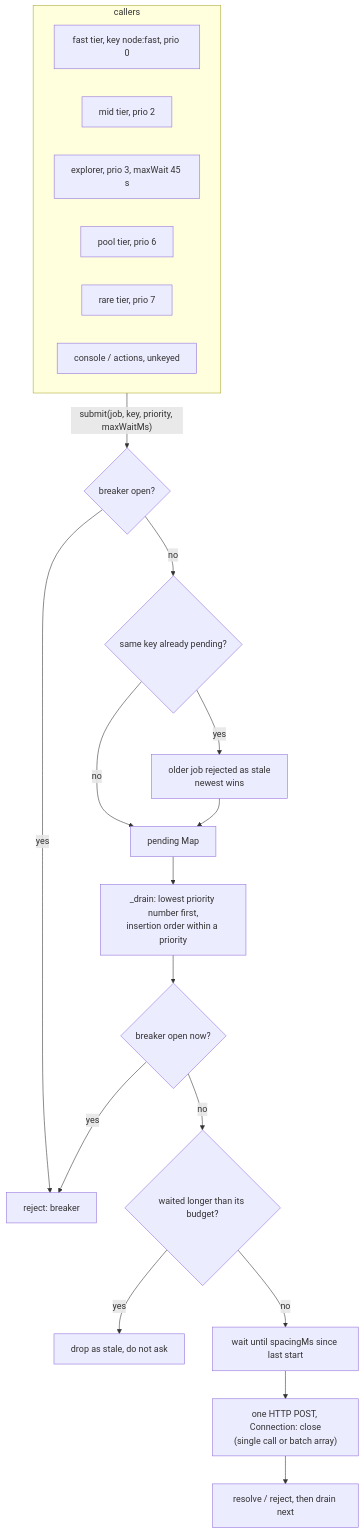
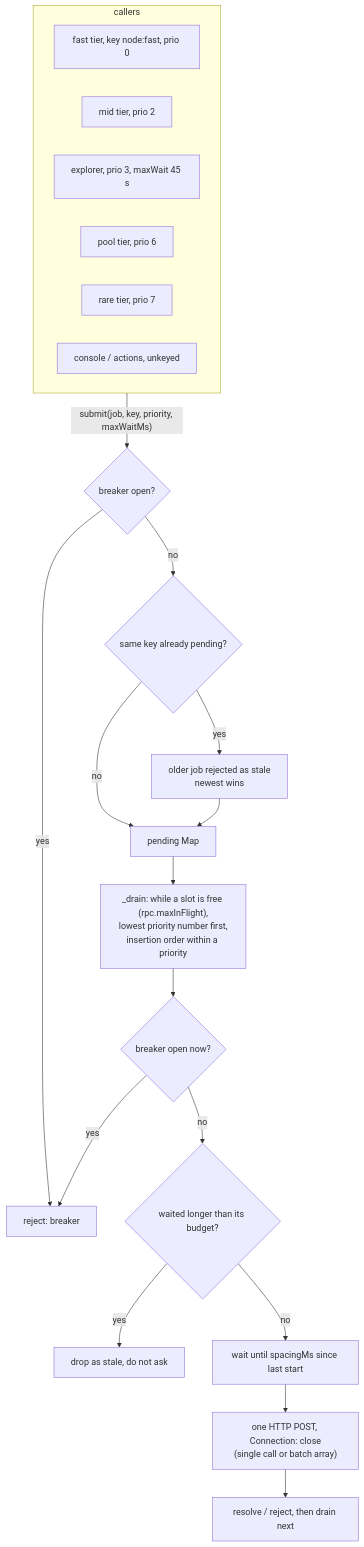
Before and after one commit to BobClawblaw/blockyard: the second of 7 diagrams in docs/ARCHITECTURE.md, drawn with Mermaid. The commit also changed other lines of this file and 12 other files, not shown here.

````diff
--- a/docs/ARCHITECTURE.md
+++ b/docs/ARCHITECTURE.md
@@ -363,25 +365,25 @@
 ```mermaid
 flowchart TD
   subgraph callers
     F["fast tier, key node:fast, prio 0"]
     M["mid tier, prio 2"]
     X["explorer, prio 3, maxWait 45 s"]
     P["pool tier, prio 6"]
     R["rare tier, prio 7"]
     U["console / actions, unkeyed"]
   end
   callers -->|"submit(job, key, priority, maxWaitMs)"| Q{"breaker open?"}
   Q -->|yes| REJ["reject: breaker"]
   Q -->|no| CO{"same key already pending?"}
   CO -->|yes| SUP["older job rejected as stale<br/>newest wins"]
   CO -->|no| PEND["pending Map"]
   SUP --> PEND
-  PEND --> D["_drain: lowest priority number first,<br/>insertion order within a priority"]
+  PEND --> D["_drain: while a slot is free (rpc.maxInFlight),<br/>lowest priority number first,<br/>insertion order within a priority"]
   D --> B2{"breaker open now?"}
   B2 -->|yes| REJ
   B2 -->|no| ST{"waited longer than its budget?"}
   ST -->|yes| DROP["drop as stale, do not ask"]
   ST -->|no| SP["wait until spacingMs since last start"]
   SP --> RUN["one HTTP POST, Connection: close<br/>(single call or batch array)"]
   RUN --> DONE["resolve / reject, then drain next"]
 ```
````
